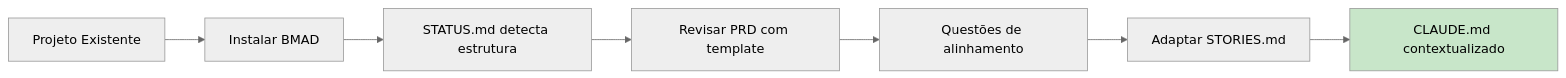
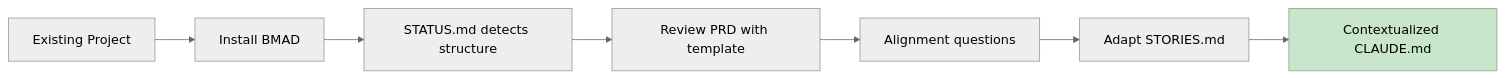
The second of 4 diagrams in CLAUDE.md (BragatteMAS/os-postinstall-scripts), drawn with Mermaid (neutral theme) before and after one commit. The commit also changed other lines of this file and 10 other files, not shown here.

First line of the commit message:
refactor: simplify BMAD scripts and complete CLAUDE.md translation

````diff
--- a/CLAUDE.md
+++ b/CLAUDE.md
@@ -267,11 +267,11 @@
 ```mermaid
 graph LR
-    A[Projeto Existente] --> B[Instalar BMAD]
-    B --> C[STATUS.md detecta estrutura]
-    C --> D[Revisar PRD com template]
-    D --> E[Questões de alinhamento]
-    E --> F[Adaptar STORIES.md]
-    F --> G[CLAUDE.md contextualizado]
+    A[Existing Project] --> B[Install BMAD]
+    B --> C[STATUS.md detects structure]
+    C --> D[Review PRD with template]
+    D --> E[Alignment questions]
+    E --> F[Adapt STORIES.md]
+    F --> G[Contextualized CLAUDE.md]
     
     style G fill:#c8e6c9
 ```
````
